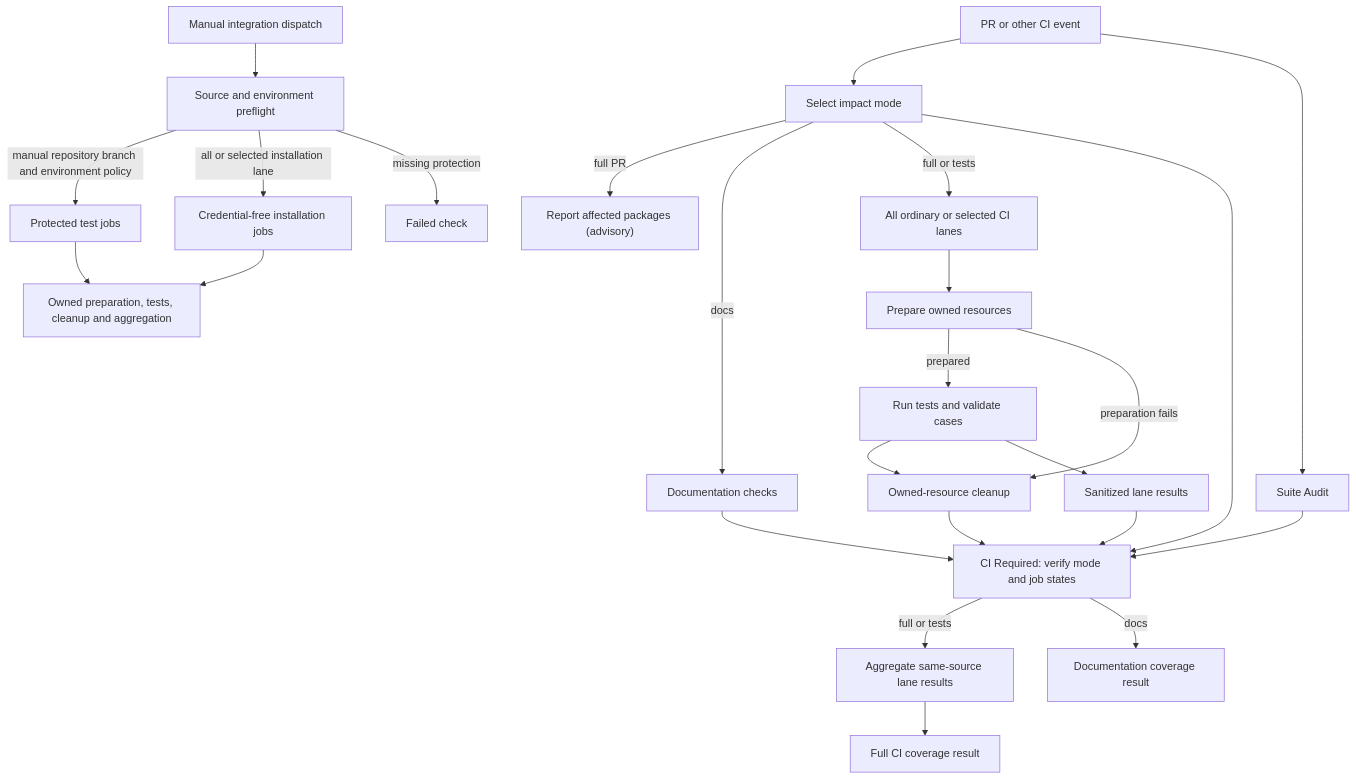
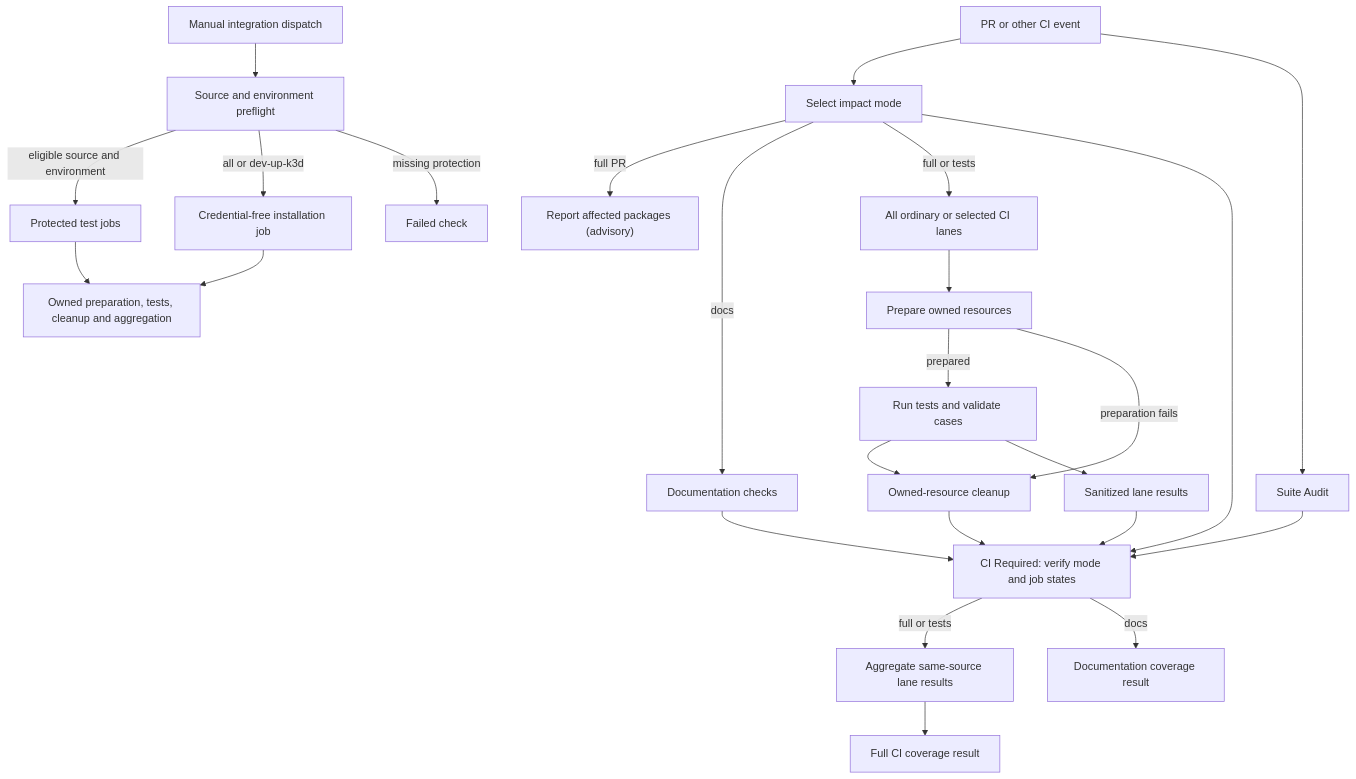
Before and after one commit to openclaw/openclaw-enterprise: the diagram in docs/flows/github-actions-testing.md, drawn with Mermaid. The commit also changed other lines of this file and 11 other files, not shown here.

Commit message:
ci: limit this PR to branch advisory credential workflows

````diff
--- a/docs/flows/github-actions-testing.md
+++ b/docs/flows/github-actions-testing.md
@@ -21,27 +21,27 @@
 ```mermaid
 graph TD
   A["PR or other CI event"] --> S["Select impact mode"]
   A --> N["Suite Audit"]
   S -->|full PR| Q["Report affected packages (advisory)"]
   S -->|docs| D["Documentation checks"]
   S -->|full or tests| B["All ordinary or selected CI lanes"]
   B --> F["Prepare owned resources"]
   F -->|prepared| H["Run tests and validate cases"]
   F -->|preparation fails| J["Owned-resource cleanup"]
   H --> J
   H --> K["Sanitized lane results"]
   J --> G["CI Required: verify mode and job states"]
   S --> G
   N --> G
   D --> G
   K --> G
   G -->|full or tests| L["Aggregate same-source lane results"]
   G -->|docs| M["Documentation coverage result"]
   L --> R["Full CI coverage result"]
   C["Manual integration dispatch"] --> P["Source and environment preflight"]
-  P -->|manual repository branch and environment policy| E["Protected test jobs"]
-  P -->|all or selected installation lane| U["Credential-free installation jobs"]
+  P -->|eligible source and environment| E["Protected test jobs"]
+  P -->|all or dev-up-k3d| U["Credential-free installation job"]
   U --> T
   P -->|missing protection| X["Failed check"]
   E --> T["Owned preparation, tests, cleanup and aggregation"]
 ```
````
